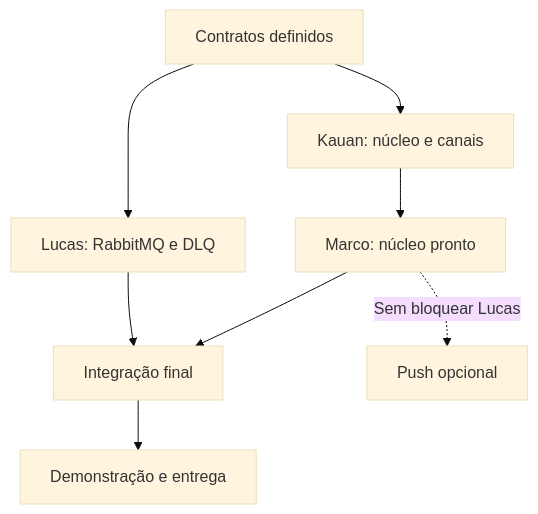
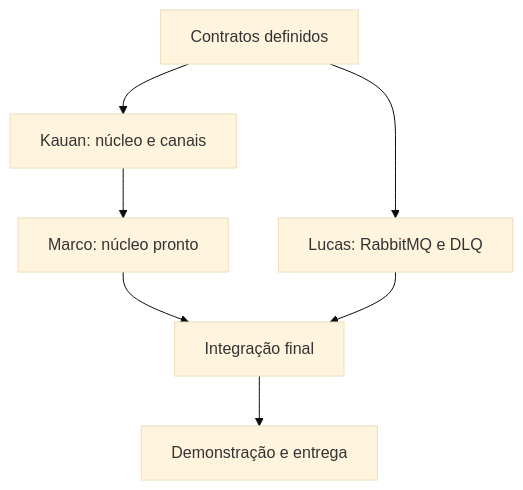
The seventh of 7 diagrams in docs/Notify-Service-Escopo-Reduzido.md (LucasFerreira2004/trabalho-2-reuso), drawn with Mermaid (base theme) before and after one commit. The commit also changed other lines of this file, not shown here.

````diff
--- a/docs/Notify-Service-Escopo-Reduzido.md
+++ b/docs/Notify-Service-Escopo-Reduzido.md
@@ -225,10 +242,9 @@
 ```mermaid
 flowchart TD
  A[Contratos definidos] --> K[Kauan: núcleo e canais]
  A --> L[Lucas: RabbitMQ e DLQ]
  K --> H[Marco: núcleo pronto]
  H --> I[Integração final]
  L --> I
- H -. Sem bloquear Lucas .-> O[Push opcional]
  I --> D[Demonstração e entrega]
 ```
````
